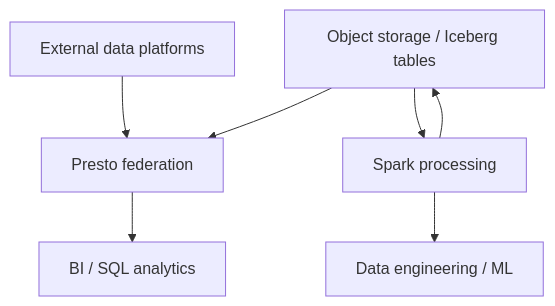
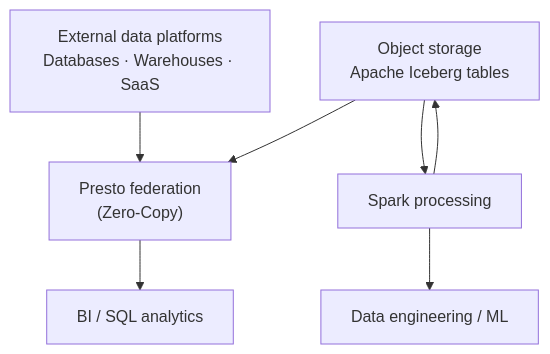
The diagram in docs-src/data-core/query-engines/zero-copy-lakehouse/index.md (ibm-self-serve-assets/building-blocks2.0), drawn with Mermaid before and after one commit. The commit also changed other lines of this file and 14 other files, not shown here.

````diff
--- a/docs-src/data-core/query-engines/zero-copy-lakehouse/index.md
+++ b/docs-src/data-core/query-engines/zero-copy-lakehouse/index.md
@@ -40,9 +61,9 @@
 ```mermaid
 flowchart TB
-    E[External data platforms] --> P[Presto federation]
-    S[Object storage / Iceberg tables] --> P
-    S --> K[Spark processing]
+    E["External data platforms<br/>Databases · Warehouses · SaaS"] --> P["Presto federation<br/>(Zero-Copy)"]
+    S["Object storage<br/>Apache Iceberg tables"] --> P
+    S --> K["Spark processing"]
     K --> S
-    P --> A[BI / SQL analytics]
-    K --> M[Data engineering / ML]
+    P --> A["BI / SQL analytics"]
+    K --> M["Data engineering / ML"]
 ```
````
